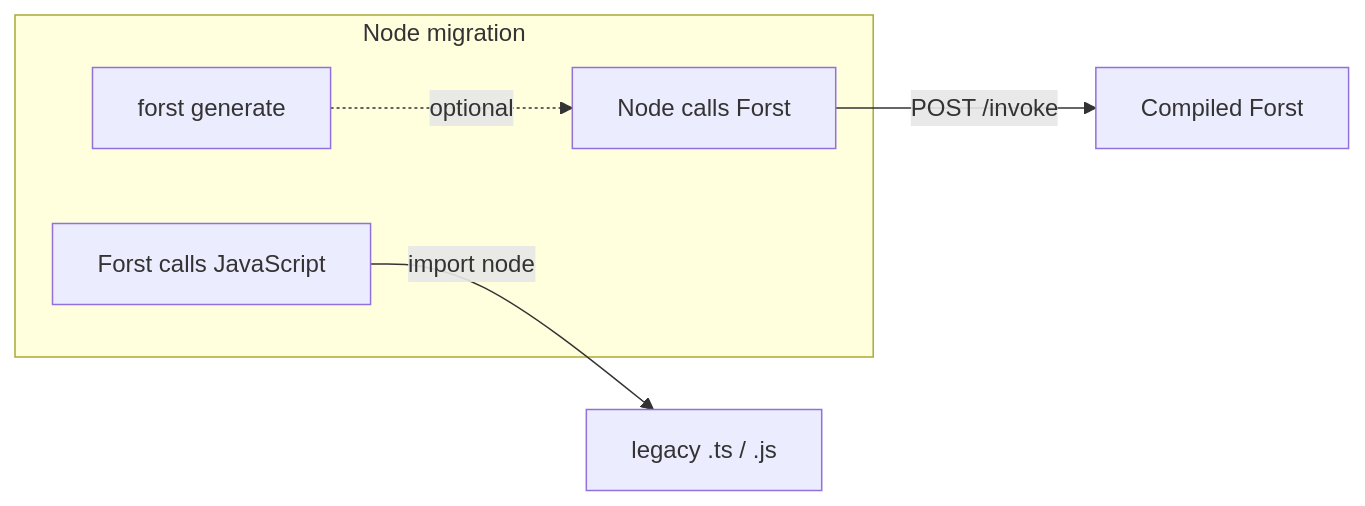
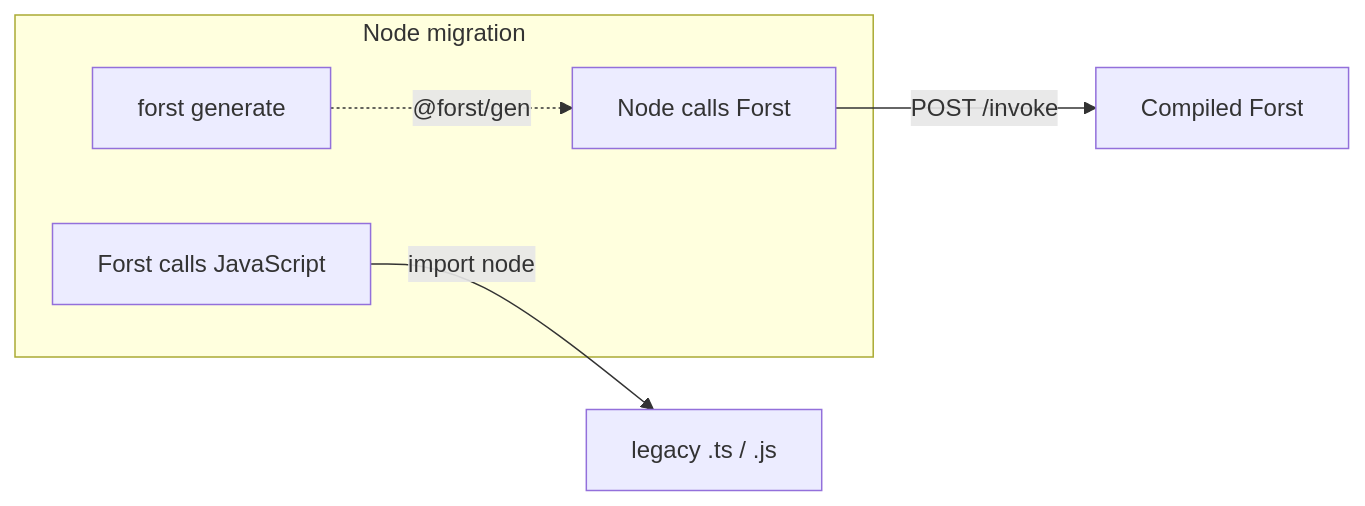
Before and after one commit to forst-lang/forst: the diagram in docs/interop/node.mdx, drawn with Mermaid. The commit also changed other lines of this file and 94 other files, not shown here.

First line of the commit message:
feat(generate)!: emit self-contained @forst/gen TypeScript client package

````diff
--- a/docs/interop/node.mdx
+++ b/docs/interop/node.mdx
@@ -10,12 +35,12 @@
 ```mermaid
 flowchart LR
   subgraph nodePath [Node migration]
     GenTypes["forst generate"]
     NodeToForst["Node calls Forst"]
     ForstToJS["Forst calls JavaScript"]
   end
 
-  GenTypes -.->|"optional"| NodeToForst
+  GenTypes -.->|"@forst/gen"| NodeToForst
   NodeToForst -->|"POST /invoke"| ForstBinary[Compiled Forst]
   ForstToJS -->|"import node"| LegacyJS["legacy .ts / .js"]
 ```
````
